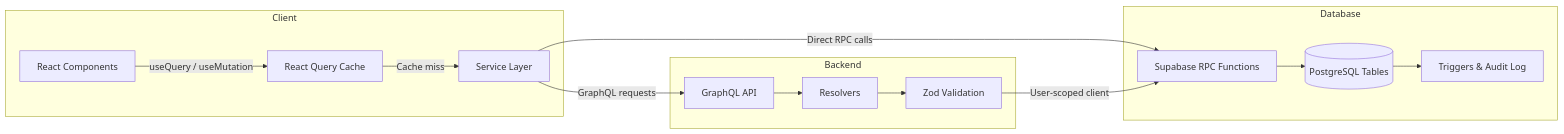
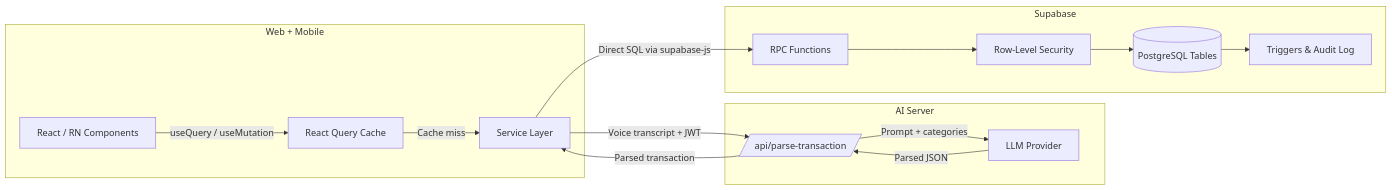
The third of 8 diagrams in README.md (ShivaniNR/Personal-Finance-Tracker), drawn with Mermaid before and after one commit. The commit also changed other lines of this file, not shown here.

First line of the commit message:
Update README to reflect current architecture

````diff
--- a/README.md
+++ b/README.md
@@ -222,30 +245,31 @@
 ```mermaid
 flowchart LR
-    subgraph Client
-        Components[React Components]
+    subgraph Clients ["Web + Mobile"]
+        Components[React / RN Components]
         ReactQuery[React Query Cache]
         Services[Service Layer]
     end
 
-    subgraph Backend
-        GQL[GraphQL API]
-        Resolvers[Resolvers]
-        Val[Zod Validation]
+    subgraph AIServer ["AI Server"]
+        AI[/api/parse-transaction/]
+        LLM[LLM Provider]
     end
 
-    subgraph Database
-        RPC[Supabase RPC Functions]
+    subgraph Database ["Supabase"]
+        RPC[RPC Functions]
         Tables[(PostgreSQL Tables)]
         Triggers[Triggers & Audit Log]
+        RLS[Row-Level Security]
     end
 
     Components -->|useQuery / useMutation| ReactQuery
     ReactQuery -->|Cache miss| Services
-    Services -->|Direct RPC calls| RPC
-    Services -->|GraphQL requests| GQL
-    GQL --> Resolvers
-    Resolvers --> Val
-    Val -->|User-scoped client| RPC
-    RPC --> Tables
+    Services -->|Direct SQL via supabase-js| RPC
+    Services -->|Voice transcript + JWT| AI
+    AI -->|Prompt + categories| LLM
+    LLM -->|Parsed JSON| AI
+    AI -->|Parsed transaction| Services
+    RPC --> RLS
+    RLS --> Tables
     Tables --> Triggers
 ```
````
